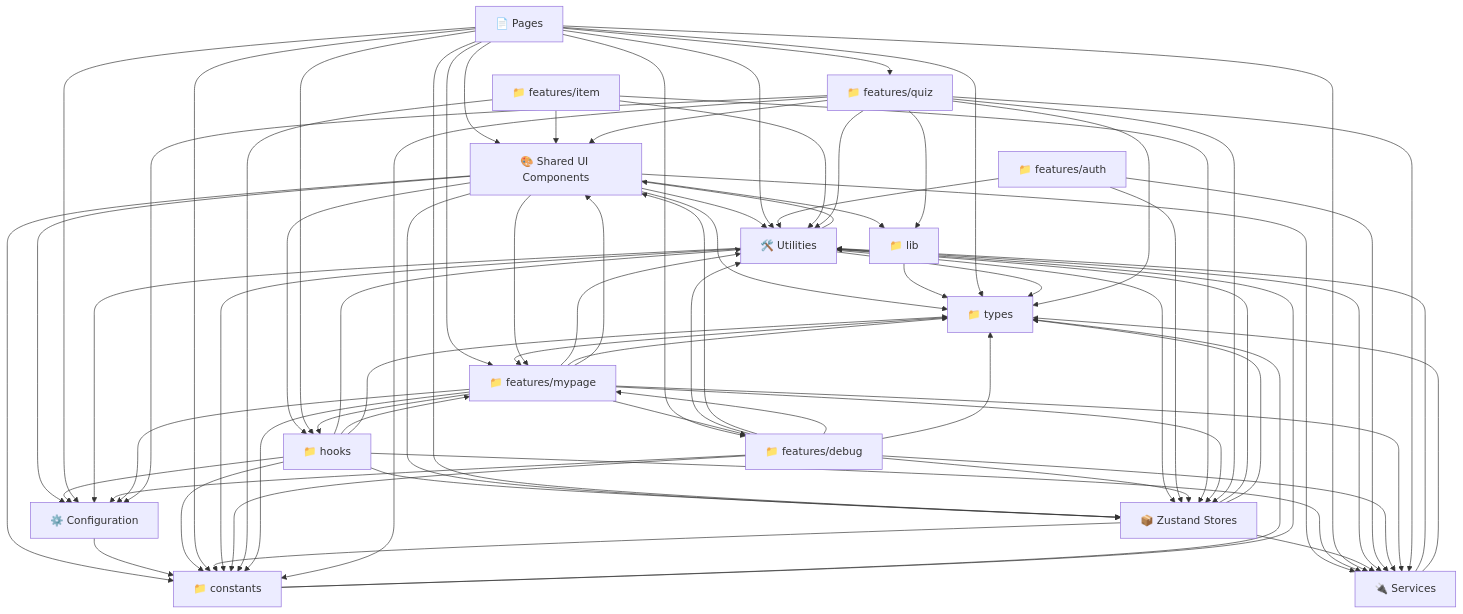
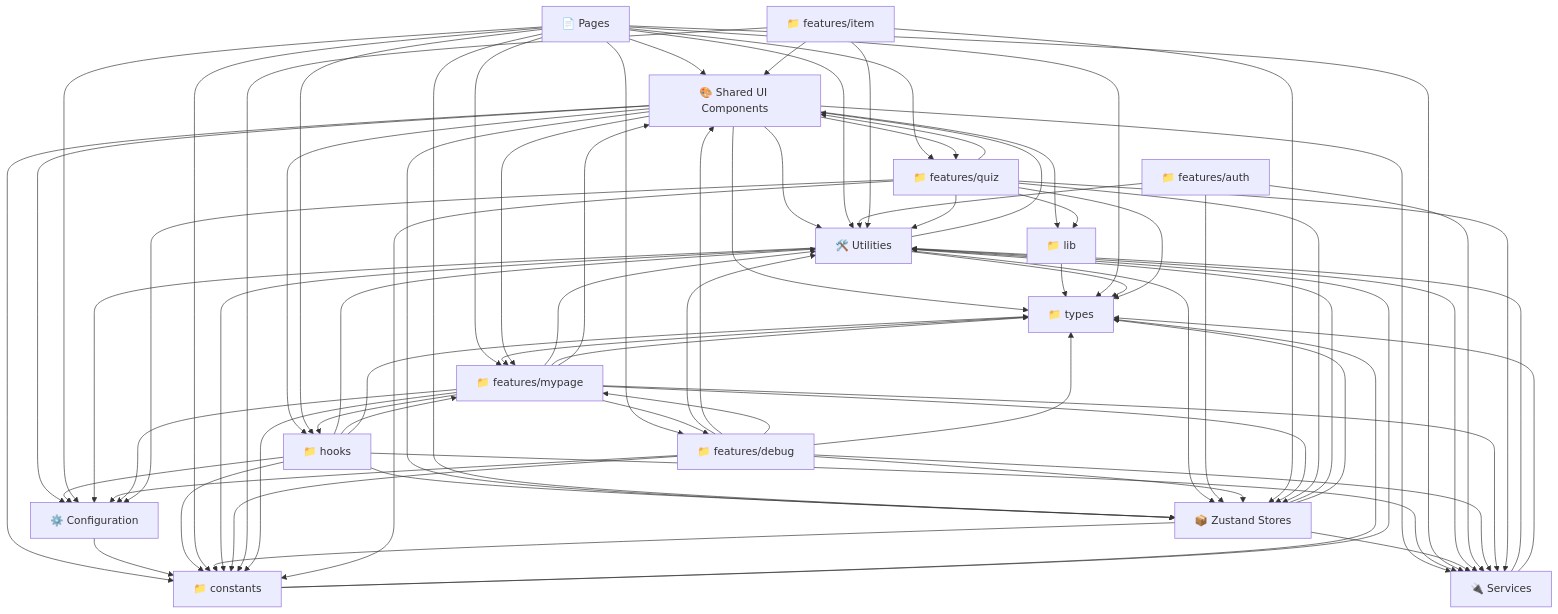
The first of 2 diagrams in docs/code-flowchart.md (Tangerines23/solve-climb), drawn with Mermaid before and after one commit. The commit also changed 5 other files, not shown here.

```diff
--- a/docs/code-flowchart.md
+++ b/docs/code-flowchart.md
@@ -70,6 +70,7 @@
   utils --> services
   utils --> constants
   utils --> config
+  components --> features_quiz
   components --> features_mypage
   features_auth --> stores
   features_auth --> utils
```
